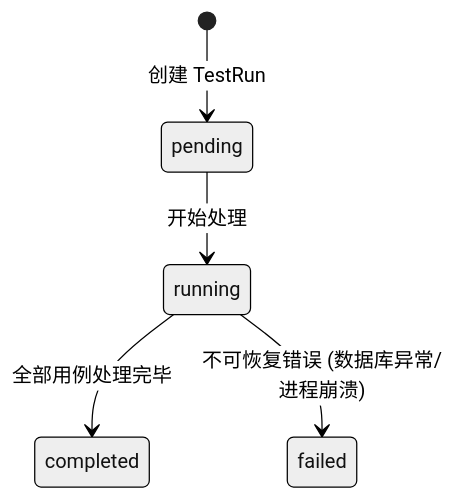
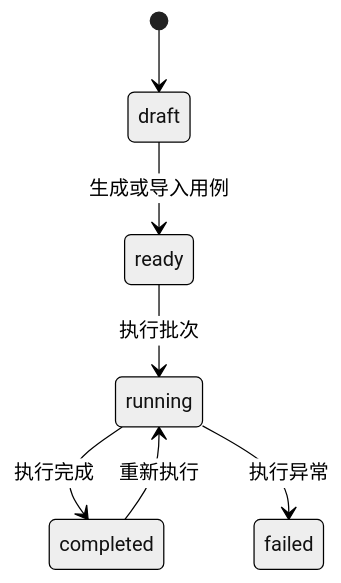
Before and after one commit to WangShaoyu1/spec_kit_superpower: the diagram in specs/master/dd/dd-batch-test.md, drawn with Mermaid (neutral theme). The commit also changed other lines of this file and 416 other files, not shown here.

````diff
--- a/specs/master/dd/dd-batch-test.md
+++ b/specs/master/dd/dd-batch-test.md
@@ -486,7 +81,9 @@
 ```mermaid
 stateDiagram-v2
-    [*] --> pending: 创建 TestRun
-    pending --> running: 开始处理
-    running --> completed: 全部用例处理完毕
-    running --> failed: 不可恢复错误 (数据库异常/进程崩溃)
+    [*] --> draft
+    draft --> ready: 生成或导入用例
+    ready --> running: 执行批次
+    running --> completed: 执行完成
+    running --> failed: 执行异常
+    completed --> running: 重新执行
 ```
````
